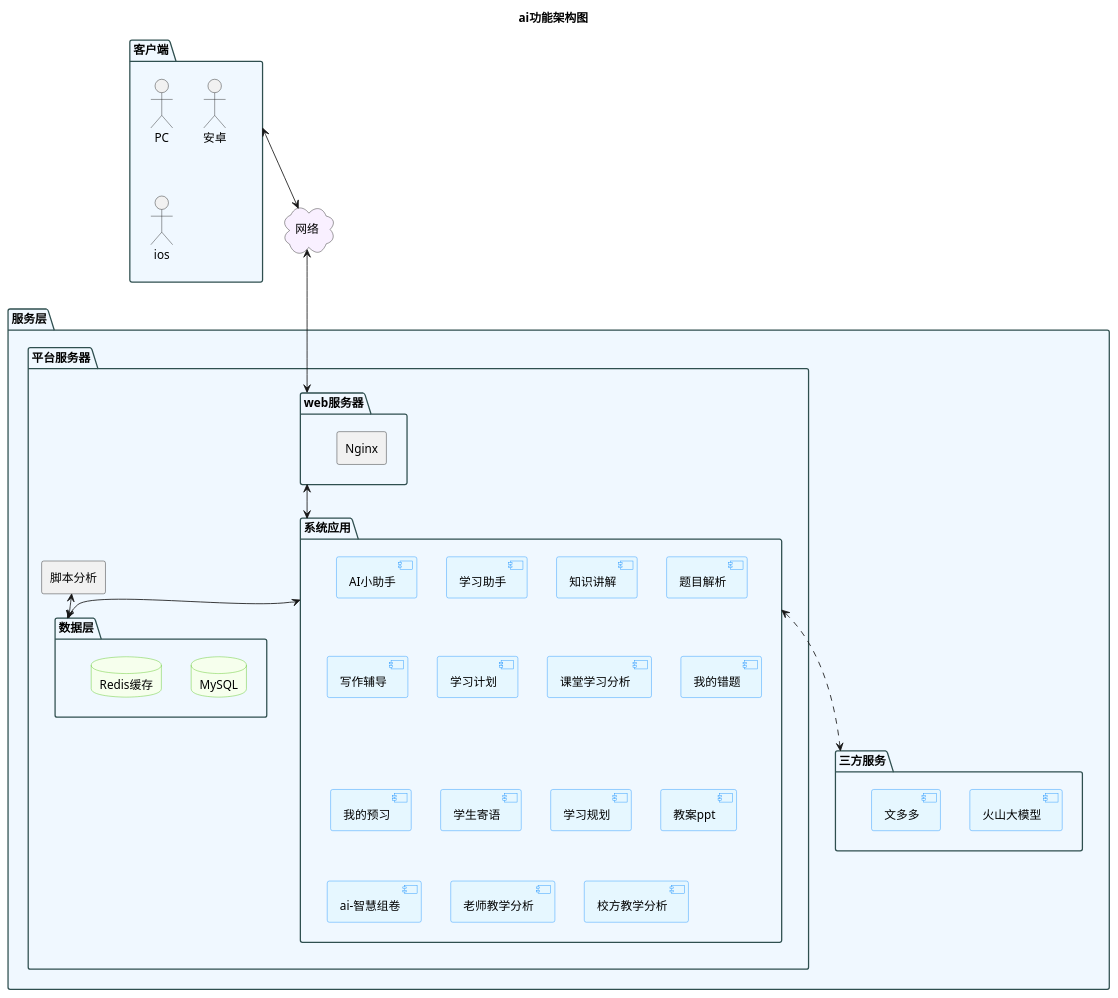
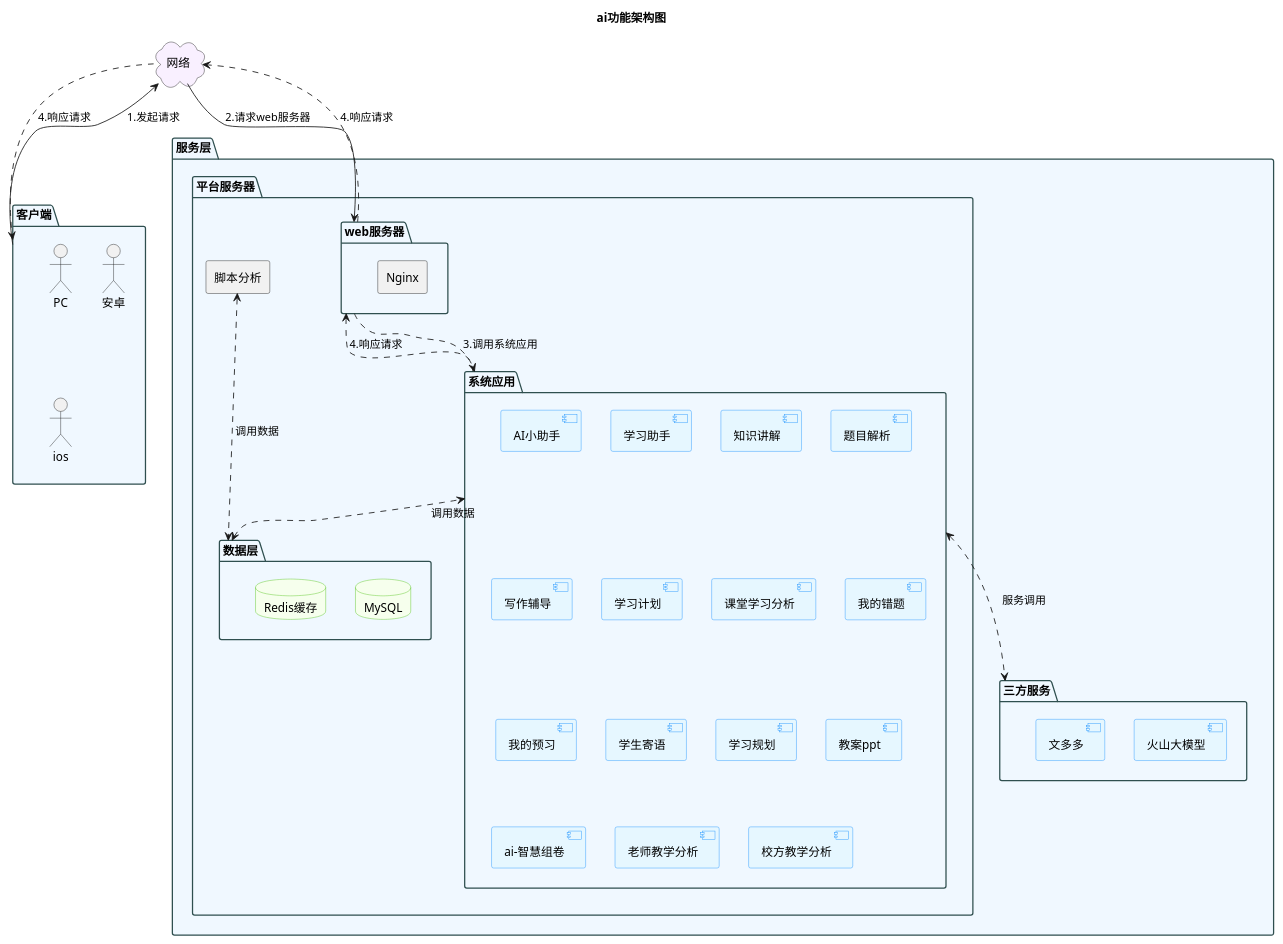
One commit to JSBloodthirsty/KnowledgeGraph changed the diagram in 保伦/TS-0620AIR/AI功能.puml. Above: the diagram before and after it, drawn with PlantUML. The commit also changed 5 other files, not shown here.

```diff
--- a/保伦/TS-0620AIR/AI功能.puml
+++ b/保伦/TS-0620AIR/AI功能.puml
@@ -1,84 +1,88 @@
 @startuml
 top to bottom direction
 title ai功能架构图
 
 ' 定义样式（可选，美化用）
 skinparam package {
     BackgroundColor #f0f8ff
     BorderColor #2f4f4f
 }
 skinparam component {
     BackgroundColor #e6f7ff
     BorderColor #1890ff
 }
 
 skinparam database {
     BackgroundColor #f6ffed
     BorderColor #52c41a
 }
 
 skinparam component.thirdPartyService {
     BackgroundColor #f9f0ff
     BorderColor #722ed1
 }
 
 ' 接入层
 package "客户端" as client {
     actor "PC" as client1
     actor "安卓" as client2
     actor "ios" as client3
 }
 
 ' 业务层
 package "服务层" as server {
     package "平台服务器" {
         package "web服务器" as webServer {
             agent "Nginx" as nginx
         }
 
         package "系统应用" as platformModule {
             component "AI小助手"
             component "学习助手"
             component "知识讲解"
             component "题目解析"
             component "写作辅导"
             component "学习计划"
             component "课堂学习分析"
             component "我的错题"
             component "我的预习"
             component "学生寄语"
             component "学习规划"
             component "教案ppt"
             component "ai-智慧组卷"
             component "老师教学分析"
             component "校方教学分析"
         }
 
         package "数据层" as dataLayer {
             database "MySQL" as mysqlDB
             database "Redis缓存" as redisCache
         }
 
         agent "脚本分析" as analysisScript
     }
 
     package "三方服务" as thirdPartyService {
         component "火山大模型" as doubao
         component "文多多" as wenduoduo
     }
 }
 
 cloud "网络" as network #f9f0ff
 
 ' 正向流程
-client <--> network
-network <--> webServer
-webServer <--> platformModule
+client --> network : 1.发起请求
+network --> webServer : 2.请求web服务器
+webServer ..> platformModule : 3.调用系统应用
 
-platformModule <--> dataLayer
+platformModule <..> dataLayer : 调用数据
 
-platformModule <-.-> thirdPartyService
+platformModule <-.-> thirdPartyService : 服务调用
 
-analysisScript <--> dataLayer
+analysisScript <-.-> dataLayer : 调用数据
 
+' 响应流程
+network ..> client : 4.响应请求
+webServer ..> network : 4.响应请求
+platformModule ..> webServer : 4.响应请求
 @enduml
```
